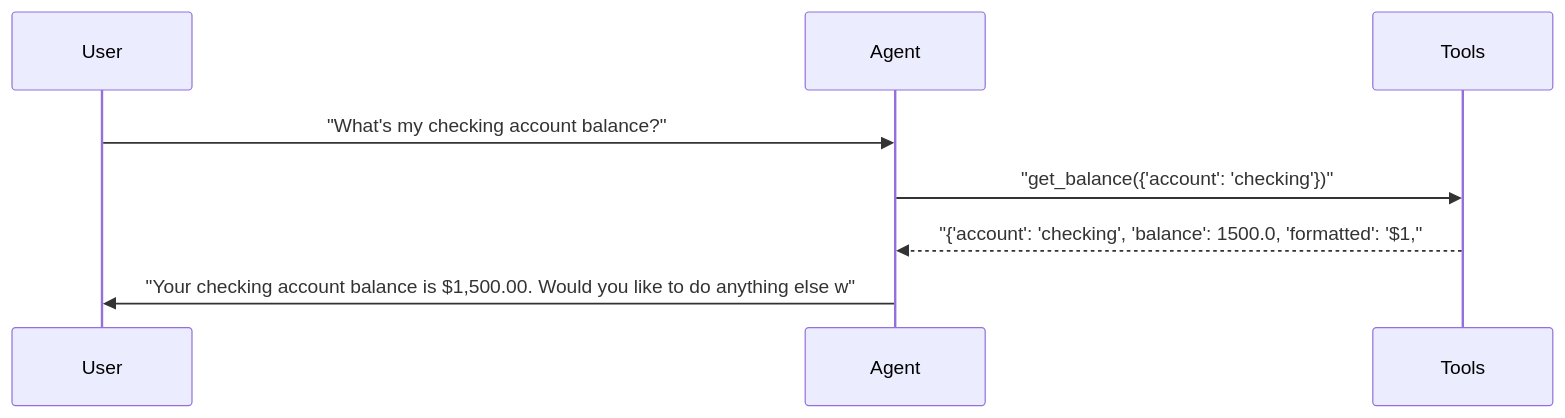
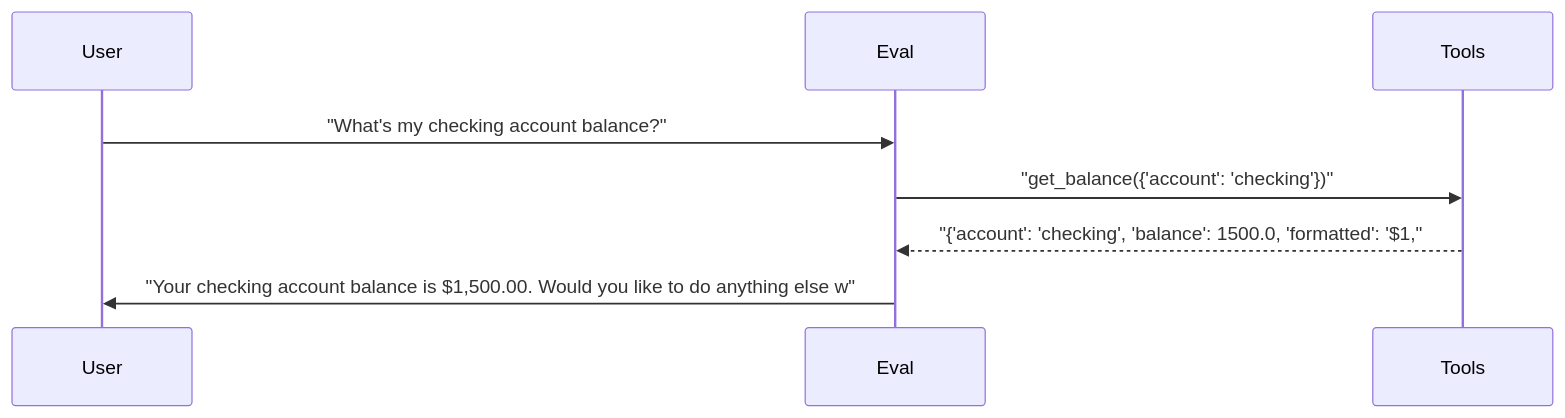
The first of 4 diagrams in docs/reports/01_single_agent.md (sbroenne/pytest-skill-engineering), drawn with Mermaid before and after one commit. The commit also changed other lines of this file and 155 other files, not shown here.

````diff
--- a/docs/reports/01_single_agent.md
+++ b/docs/reports/01_single_agent.md
@@ -153,11 +153,11 @@
 ```mermaid
 sequenceDiagram
     participant User
-    participant Agent
+    participant Eval
     participant Tools
 
-    User->>Agent: "What's my checking account balance?"
-    Agent->>Tools: "get_balance({'account': 'checking'})"
-    Tools-->>Agent: "{'account': 'checking', 'balance': 1500.0, 'formatted': '$1,"
-    Agent->>User: "Your checking account balance is $1,500.00. Would you like to do anything else w"
+    User->>Eval: "What's my checking account balance?"
+    Eval->>Tools: "get_balance({'account': 'checking'})"
+    Tools-->>Eval: "{'account': 'checking', 'balance': 1500.0, 'formatted': '$1,"
+    Eval->>User: "Your checking account balance is $1,500.00. Would you like to do anything else w"
 ```
````
